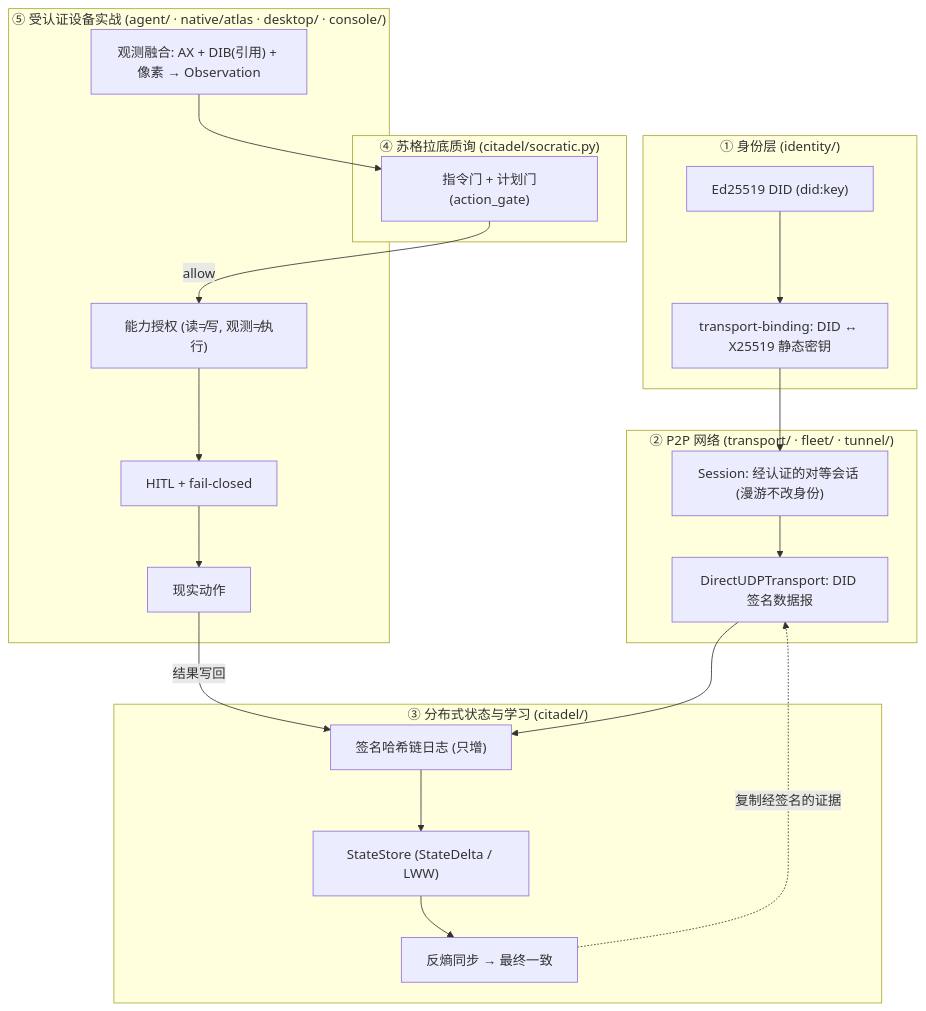
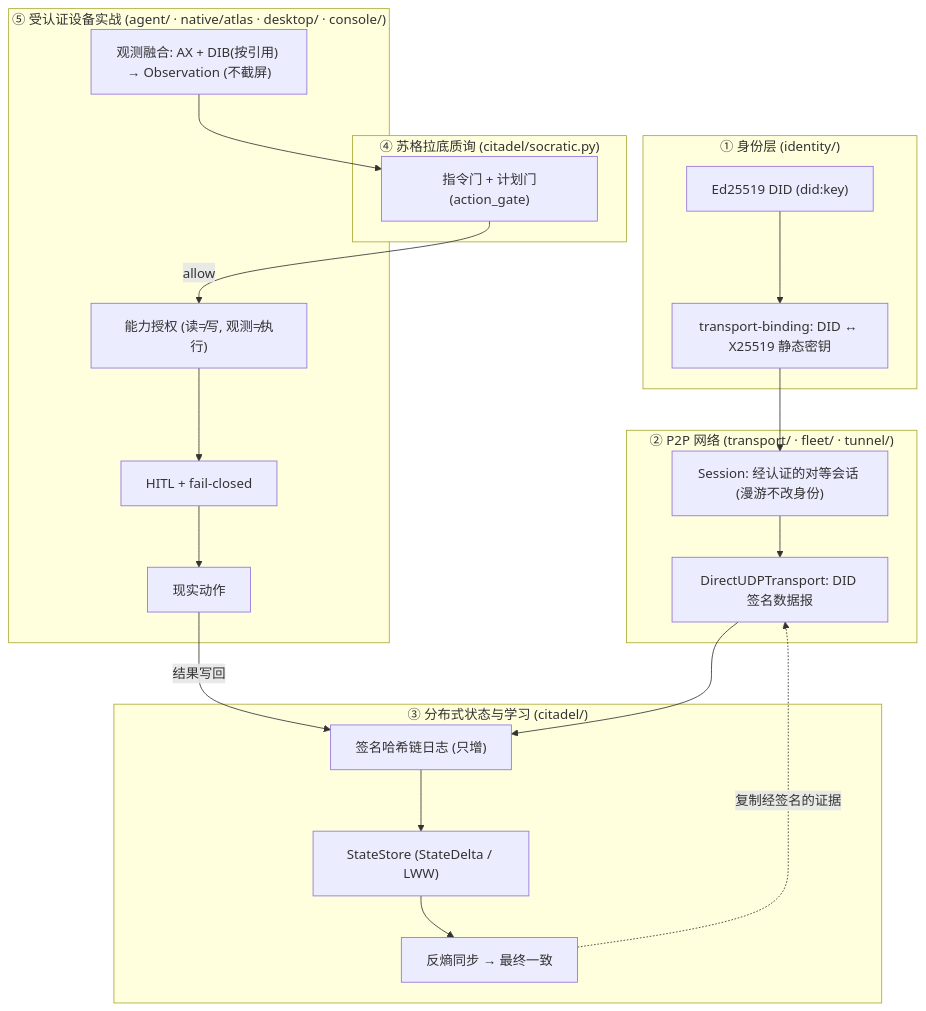
One commit to Larrydev-cpp/secdogie changed the diagram in ARCHITECTURE.zh.md. Above: the diagram before and after it, drawn with Mermaid. The commit also changed other lines of this file and 176 other files, not shown here.

````diff
--- a/ARCHITECTURE.zh.md
+++ b/ARCHITECTURE.zh.md
@@ -102,31 +106,31 @@
 ```mermaid
 flowchart TB
     subgraph ID["① 身份层 (identity/)"]
         did["Ed25519 DID (did:key)"]
         bind["transport-binding: DID ↔ X25519 静态密钥"]
         did --> bind
     end
     subgraph NET["② P2P 网络 (transport/ · fleet/ · tunnel/)"]
         sess["Session: 经认证的对等会话 (漫游不改身份)"]
         direct["DirectUDPTransport: DID 签名数据报"]
         bind --> sess --> direct
     end
     subgraph STATE["③ 分布式状态与学习 (citadel/)"]
         jrnl["签名哈希链日志 (只增)"]
         store["StateStore (StateDelta / LWW)"]
         sync["反熵同步 → 最终一致"]
         direct --> jrnl --> store --> sync
         sync -.->|复制经签名的证据| direct
     end
     subgraph MIND["④ 苏格拉底质询 (citadel/socratic.py)"]
         gate["指令门 + 计划门(action_gate)"]
     end
     subgraph ACT["⑤ 受认证设备实战 (agent/ · native/atlas · desktop/ · console/)"]
-        obs["观测融合: AX + DIB(引用) + 像素 → Observation"]
+        obs["观测融合: AX + DIB(按引用) → Observation (不截屏)"]
         cap["能力授权 (读≠写, 观测≠执行)"]
         hitl["HITL + fail-closed"]
         obs --> gate
         gate -->|allow| cap --> hitl --> world["现实动作"]
         world -->|结果写回| jrnl
     end
 ```
````
